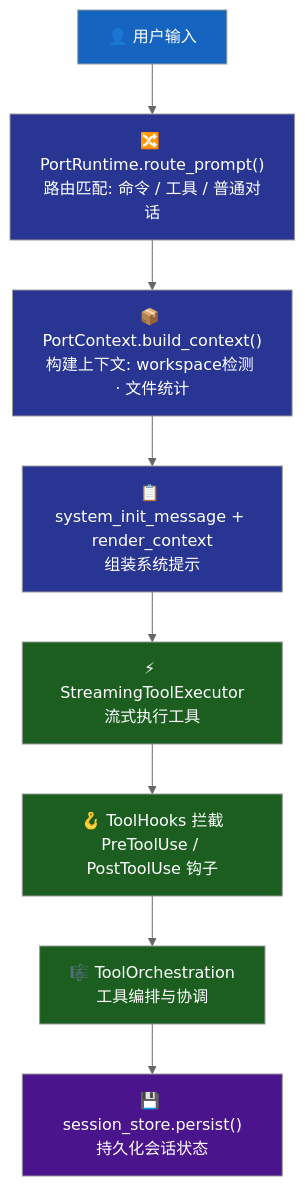
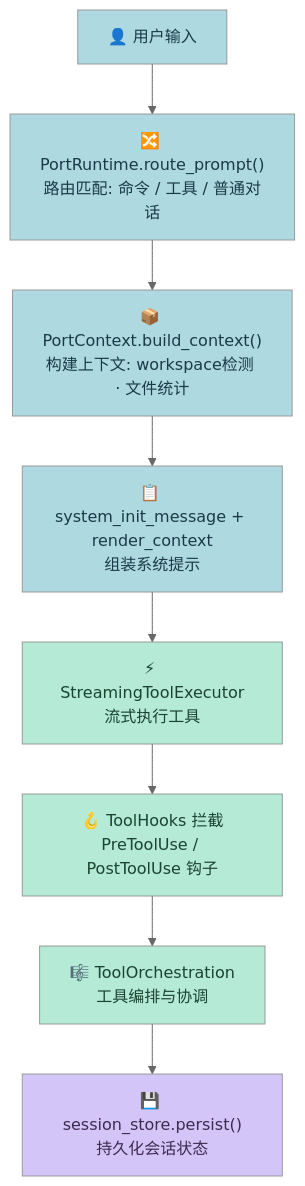
The first of 3 diagrams in source/_posts/2026-04-15-claude-code-source-analysis.md (xuqi2024/xuqi2024.github.io), drawn with Mermaid (neutral theme) before and after one commit. The commit also changed other lines of this file and 3 other files, not shown here.

First line of the commit message:
style: 将所有 Mermaid 图表配色改为马卡龙色系，修复节点换行显示

````diff
--- a/source/_posts/2026-04-15-claude-code-source-analysis.md
+++ b/source/_posts/2026-04-15-claude-code-source-analysis.md
@@ -71,22 +71,22 @@
 ```mermaid
 graph TD
     UI["👤 用户输入"]
     RR["🔀 PortRuntime.route_prompt()<br/>路由匹配: 命令 / 工具 / 普通对话"]
     BC["📦 PortContext.build_context()<br/>构建上下文: workspace检测 · 文件统计"]
     SI["📋 system_init_message + render_context<br/>组装系统提示"]
     SE["⚡ StreamingToolExecutor<br/>流式执行工具"]
     TH["🪝 ToolHooks 拦截<br/>PreToolUse / PostToolUse 钩子"]
     TO["🎼 ToolOrchestration<br/>工具编排与协调"]
     SP["💾 session_store.persist()<br/>持久化会话状态"]
 
     UI --> RR --> BC --> SI --> SE --> TH --> TO --> SP
 
-    style UI fill:#1565C0,color:#fff
-    style RR fill:#283593,color:#fff
-    style BC fill:#283593,color:#fff
-    style SI fill:#283593,color:#fff
-    style SE fill:#1B5E20,color:#fff
-    style TH fill:#1B5E20,color:#fff
-    style TO fill:#1B5E20,color:#fff
-    style SP fill:#4A148C,color:#fff
+    style UI fill:#AED9E0,color:#1A3A4A
+    style RR fill:#AED9E0,color:#1A3A4A
+    style BC fill:#AED9E0,color:#1A3A4A
+    style SI fill:#AED9E0,color:#1A3A4A
+    style SE fill:#B5EAD7,color:#1B4332
+    style TH fill:#B5EAD7,color:#1B4332
+    style TO fill:#B5EAD7,color:#1B4332
+    style SP fill:#D4C5F9,color:#3D2B4F
 ```
````
